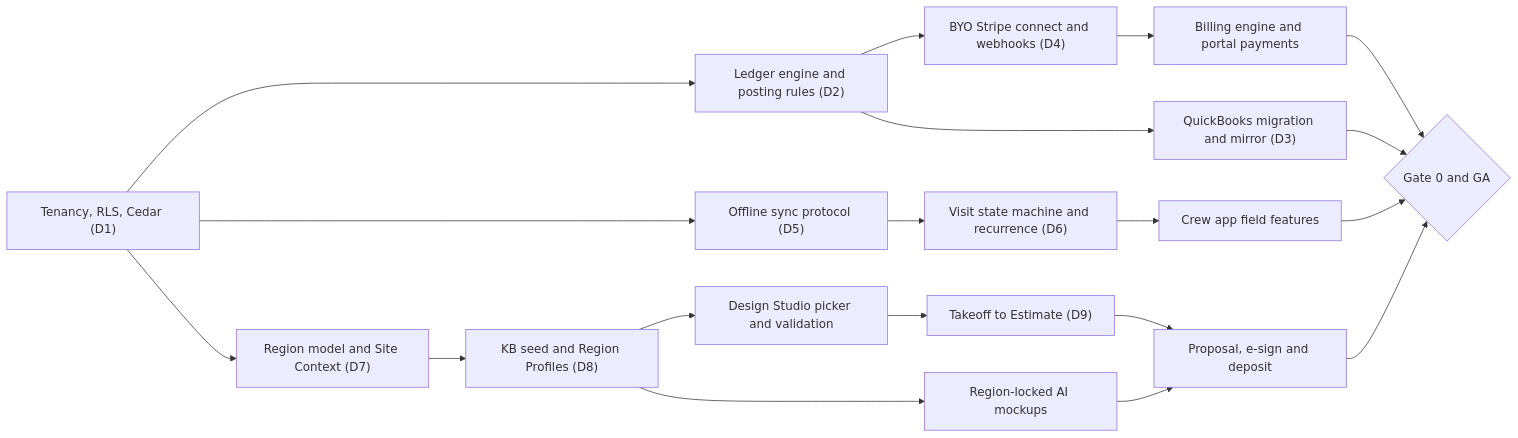
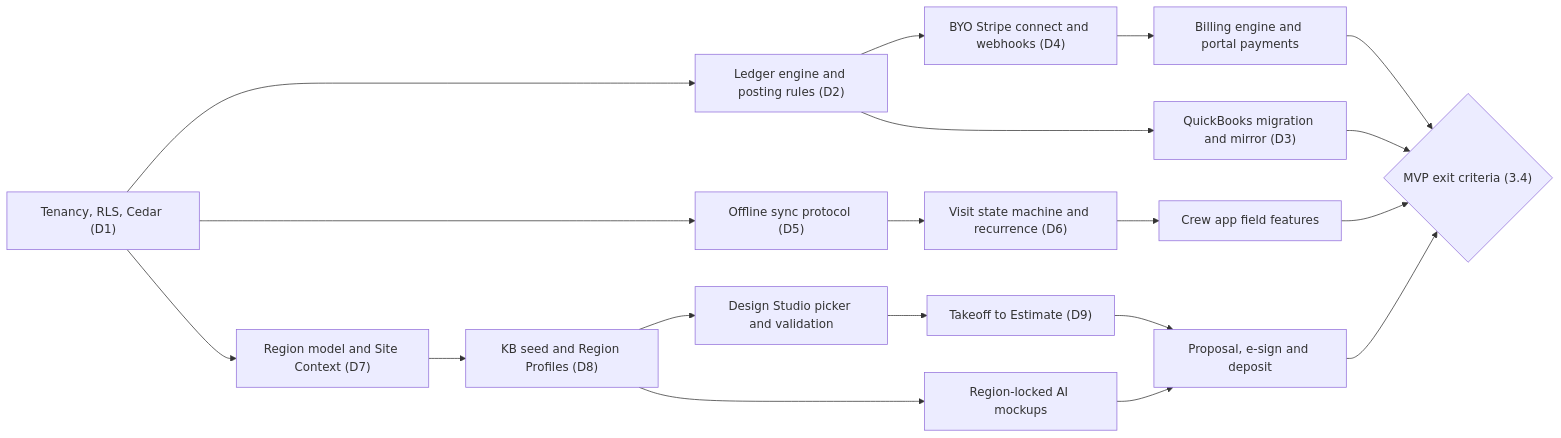
One commit to jdinard/landscape changed the diagram in docs/24-roadmap-feature-catalog.md. Above: the diagram before and after it, drawn with Mermaid. The commit also changed other lines of this file and 11 other files, not shown here.

````diff
--- a/docs/24-roadmap-feature-catalog.md
+++ b/docs/24-roadmap-feature-catalog.md
@@ -1294,21 +1241,21 @@
 ```mermaid
 flowchart LR
     T["Tenancy, RLS, Cedar (D1)"] --> L["Ledger engine and posting rules (D2)"]
     T --> S["Offline sync protocol (D5)"]
     T --> R["Region model and Site Context (D7)"]
     L --> P["BYO Stripe connect and webhooks (D4)"]
     P --> B["Billing engine and portal payments"]
     L --> M["QuickBooks migration and mirror (D3)"]
     S --> V["Visit state machine and recurrence (D6)"]
     V --> C["Crew app field features"]
     R --> K["KB seed and Region Profiles (D8)"]
     K --> D["Design Studio picker and validation"]
     D --> X["Takeoff to Estimate (D9)"]
     K --> A["Region-locked AI mockups"]
     X --> PR["Proposal, e-sign and deposit"]
     A --> PR
-    B --> G{"Gate 0 and GA"}
+    B --> G{"MVP exit criteria (3.4)"}
     M --> G
     C --> G
     PR --> G
 ```
````
